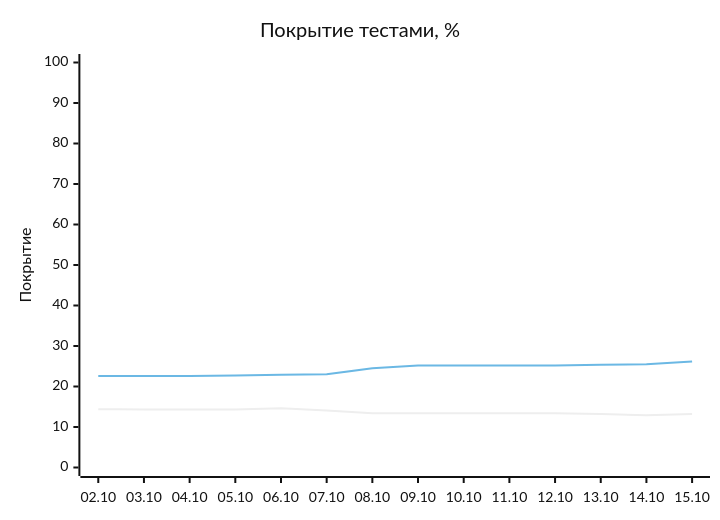
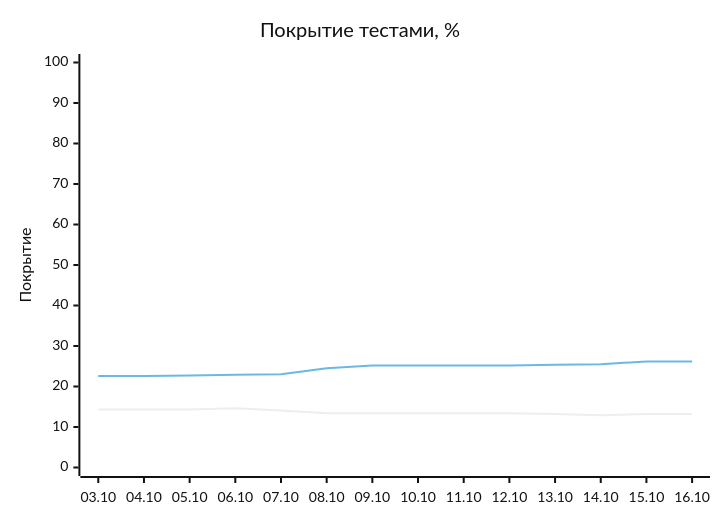
The diagram in README.md (EvgeniBondarev/coverage-report), drawn with Mermaid (neutral theme) before and after one commit. The commit also changed other lines of this file and 3071 other files, not shown here.

````diff
--- a/README.md
+++ b/README.md
@@ -19,8 +19,8 @@
 ```mermaid
 xychart-beta
     title "Покрытие тестами, %"
-    x-axis ["02.10", "03.10", "04.10", "05.10", "06.10", "07.10", "08.10", "09.10", "10.10", "11.10", "12.10", "13.10", "14.10", "15.10"]
+    x-axis ["03.10", "04.10", "05.10", "06.10", "07.10", "08.10", "09.10", "10.10", "11.10", "12.10", "13.10", "14.10", "15.10", "16.10"]
     y-axis "Покрытие" 0 --> 100
-    line [14.4, 14.3, 14.3, 14.3, 14.6, 14.1, 13.4, 13.4, 13.4, 13.4, 13.4, 13.2, 12.9, 13.2]
-    line [22.6, 22.6, 22.6, 22.7, 22.9, 23, 24.5, 25.2, 25.2, 25.2, 25.2, 25.4, 25.5, 26.2]
+    line [14.3, 14.3, 14.3, 14.6, 14.1, 13.4, 13.4, 13.4, 13.4, 13.4, 13.2, 12.9, 13.2, 13.2]
+    line [22.6, 22.6, 22.7, 22.9, 23, 24.5, 25.2, 25.2, 25.2, 25.2, 25.4, 25.5, 26.2, 26.2]
 ```
````
